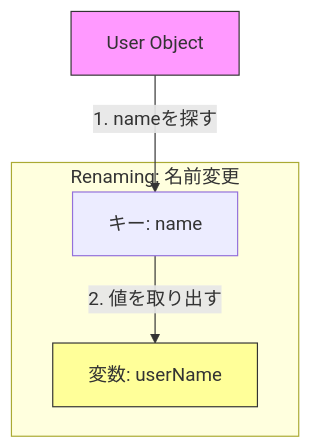
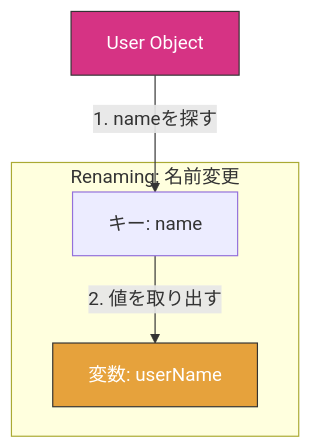
One commit to komiyamma/site_ichika_destruct-spread-named-rest changed the second of 3 diagrams in D03.md. Above: the diagram before and after it, drawn with Mermaid. The commit also changed other lines of this file and 35 other files, not shown here.

````diff
--- a/D03.md
+++ b/D03.md
@@ -128,15 +128,15 @@
 ```mermaid
 flowchart TD
     UserObj[User Object]
     
     subgraph "Renaming: 名前変更"
     Key[キー: name]
     Var[変数: userName]
     end
     
     UserObj -- 1. nameを探す --> Key
     Key -- 2. 値を取り出す --> Var
     
-    style UserObj fill:#f9f,stroke:#333
-    style Var fill:#ff9,stroke:#333
+    style UserObj fill:#d63384,stroke:#333,color:#fff
+    style Var fill:#e6a23c,stroke:#333,color:#fff
 ```
````
